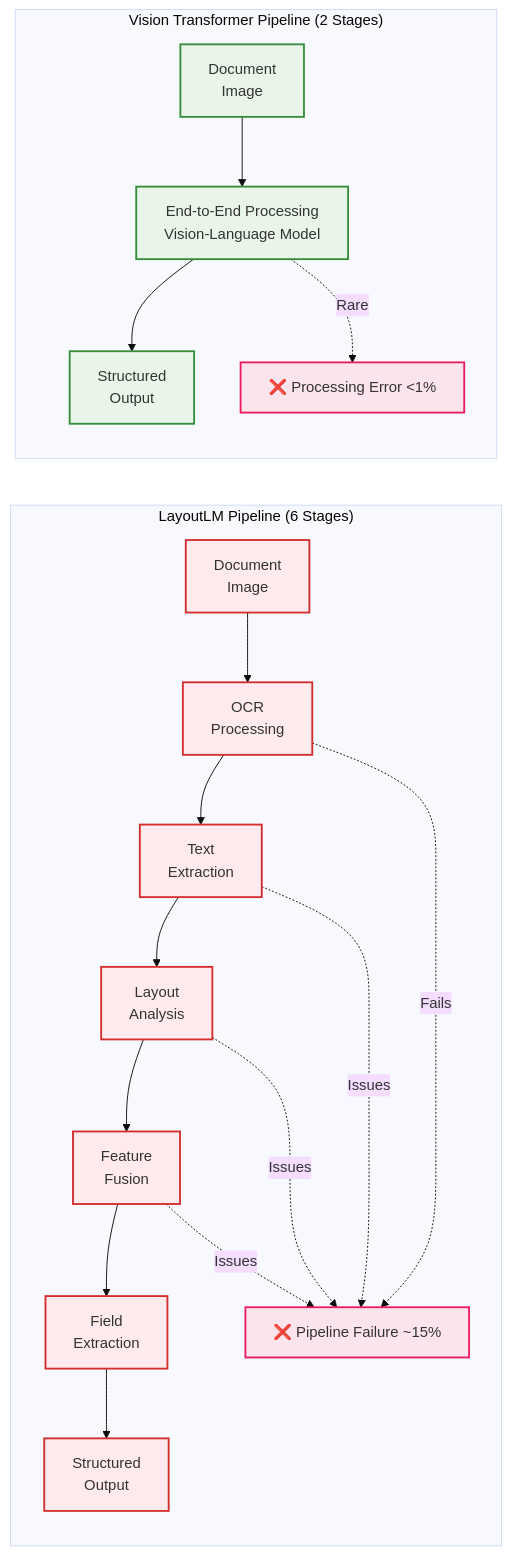
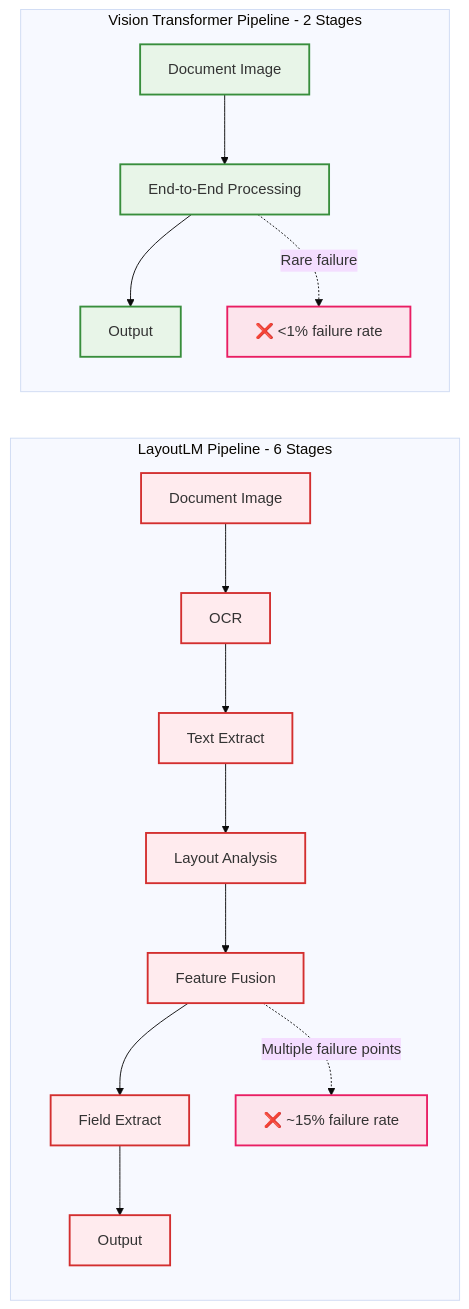
The diagram in presentation_materials/presentation_diagrams/mermaid_exports/Document_Processing_Pipeline_Comparison_v2.mmd (tmnestor/unified_vision_processor_minimal), drawn with Mermaid (base theme) before and after one commit. The commit also changed 1 other file, not shown here.

Commit message:
✨ feat: refine Document Processing Pipeline diagram for improved clarity and consistency

```diff
--- a/presentation_materials/presentation_diagrams/mermaid_exports/Document_Processing_Pipeline_Comparison_v2.mmd
+++ b/presentation_materials/presentation_diagrams/mermaid_exports/Document_Processing_Pipeline_Comparison_v2.mmd
@@ -1,24 +1,19 @@
 graph LR
-    subgraph "LayoutLM Pipeline (6 Stages)"
-        A1[Document<br/>Image] --> B1[OCR<br/>Processing] --> C1[Text<br/>Extraction] --> D1[Layout<br/>Analysis] --> E1[Feature<br/>Fusion] --> F1[Field<br/>Extraction] --> G1[Structured<br/>Output]
-        
-        B1 -.->|Fails| X1[❌ Pipeline Failure ~15%]
-        C1 -.->|Issues| X1
-        D1 -.->|Issues| X1
-        E1 -.->|Issues| X1
+    subgraph layoutlm ["LayoutLM Pipeline - 6 Stages"]
+        A1[Document Image] --> B1[OCR] --> C1[Text Extract] --> D1[Layout Analysis] --> E1[Feature Fusion] --> F1[Field Extract] --> G1[Output]
+        E1 -.->|Multiple failure points| X1[❌ ~15% failure rate]
     end
     
-    subgraph "Vision Transformer Pipeline (2 Stages)"
-        A2[Document<br/>Image] --> B2[End-to-End Processing<br/>Vision-Language Model] --> C2[Structured<br/>Output]
-        
-        B2 -.->|Rare| X2[❌ Processing Error <1%]
+    subgraph vit ["Vision Transformer Pipeline - 2 Stages"]
+        A2[Document Image] --> B2[End-to-End Processing] --> C2[Output]
+        B2 -.->|Rare failure| X2[❌ <1% failure rate]
     end
     
     %% Styling
-    classDef layoutlm fill:#ffebee,stroke:#d32f2f,stroke-width:2px
-    classDef vit fill:#e8f5e8,stroke:#388e3c,stroke-width:2px
+    classDef layoutlmNode fill:#ffebee,stroke:#d32f2f,stroke-width:2px
+    classDef vitNode fill:#e8f5e8,stroke:#388e3c,stroke-width:2px
     classDef failure fill:#fce4ec,stroke:#e91e63,stroke-width:2px
     
-    class A1,B1,C1,D1,E1,F1,G1 layoutlm
-    class A2,B2,C2 vit
+    class A1,B1,C1,D1,E1,F1,G1 layoutlmNode
+    class A2,B2,C2 vitNode
     class X1,X2 failure
```
